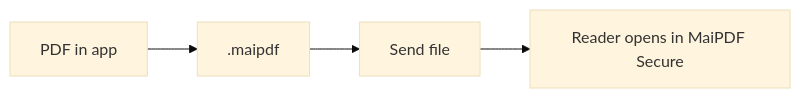
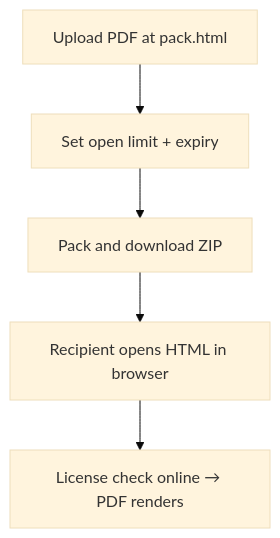
Before and after one commit to mythenigma/cloudflareAstro: the diagram in src/content/blog/en/how-to-create-offline-pdf-package-guide.md, drawn with Mermaid (base theme). The commit also changed other lines of this file and 23 other files, not shown here.

````diff
--- a/src/content/blog/en/how-to-create-offline-pdf-package-guide.md
+++ b/src/content/blog/en/how-to-create-offline-pdf-package-guide.md
@@ -16,6 +15,7 @@
 ```mermaid
-flowchart LR
-  A[PDF in app] --> B[.maipdf]
-  B --> C[Send file]
-  C --> D[Reader opens in MaiPDF Secure]
+flowchart TD
+  A[Upload PDF at pack.html] --> B[Set open limit + expiry]
+  B --> C[Pack and download ZIP]
+  C --> D[Recipient opens HTML in browser]
+  D --> E[License check online → PDF renders]
 ```
````
